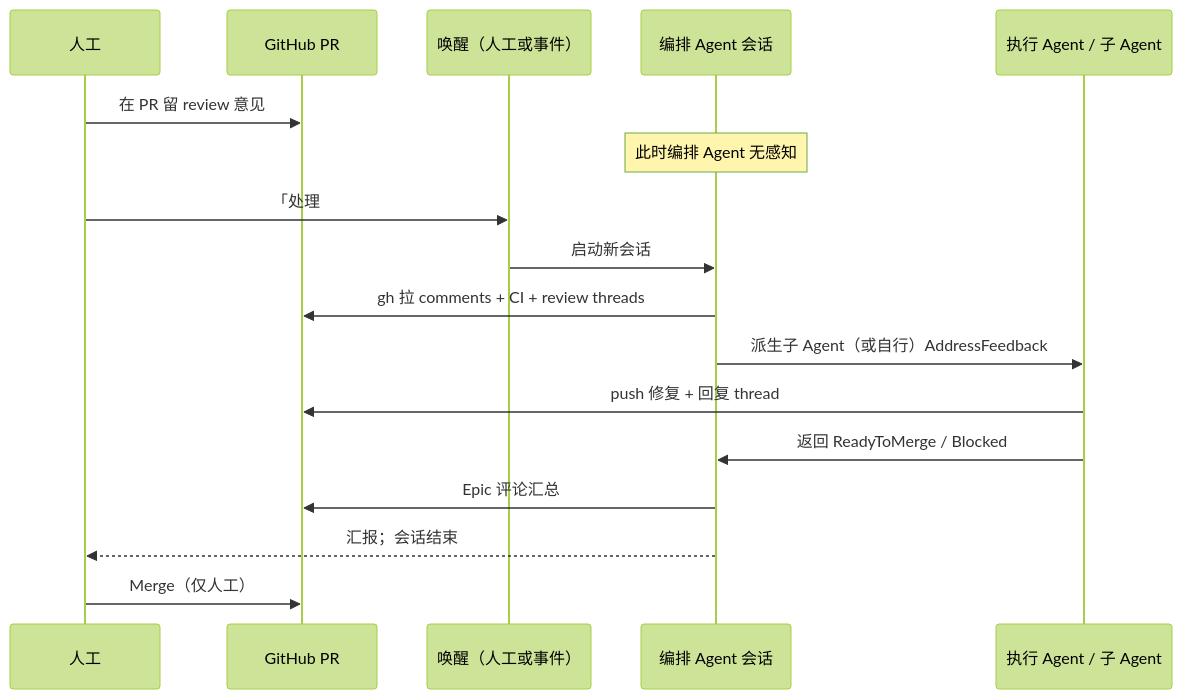
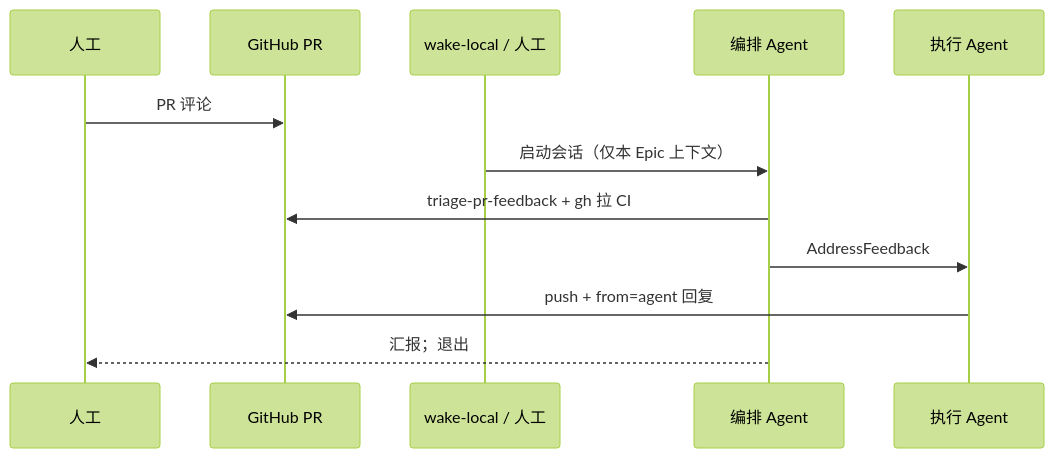
One commit to alibaba/loongcollector changed the second of 2 diagrams in .skill/skills/epic-delivery/references/orchestration-model.md. Above: the diagram before and after it, drawn with Mermaid (forest theme). The commit also changed other lines of this file and 5 other files, not shown here.

First line of the commit message:
docs(epic): local wake only, dependency gate, scoped triage

````diff
--- a/.skill/skills/epic-delivery/references/orchestration-model.md
+++ b/.skill/skills/epic-delivery/references/orchestration-model.md
@@ -85,20 +79,15 @@
 ```mermaid
 sequenceDiagram
   participant Human as 人工
   participant GH as GitHub PR
-  participant Wake as 唤醒（人工或事件）
-  participant Orch as 编排 Agent 会话
-  participant Sub as 执行 Agent / 子 Agent
+  participant Wake as wake-local / 人工
+  participant Orch as 编排 Agent
+  participant Sub as 执行 Agent
 
-  Human->>GH: 在 PR 留 review 意见
-  Note over Orch: 此时编排 Agent 无感知
-  Human->>Wake: 「处理 #2618 评论」或事件触发
-  Wake->>Orch: 启动新会话
-  Orch->>GH: gh 拉 comments + CI + review threads
-  Orch->>Sub: 派生子 Agent（或自行）AddressFeedback
-  Sub->>GH: push 修复 + 回复 thread
-  Sub->>Orch: 返回 ReadyToMerge / Blocked
-  Orch->>GH: Epic 评论汇总
-  Orch-->>Human: 汇报；会话结束
-  Human->>GH: Merge（仅人工）
+  Human->>GH: PR 评论
+  Wake->>Orch: 启动会话（仅本 Epic 上下文）
+  Orch->>GH: triage-pr-feedback + gh 拉 CI
+  Orch->>Sub: AddressFeedback
+  Sub->>GH: push + from=agent 回复
+  Orch-->>Human: 汇报；退出
 ```
````
